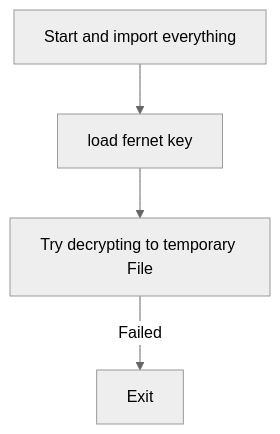
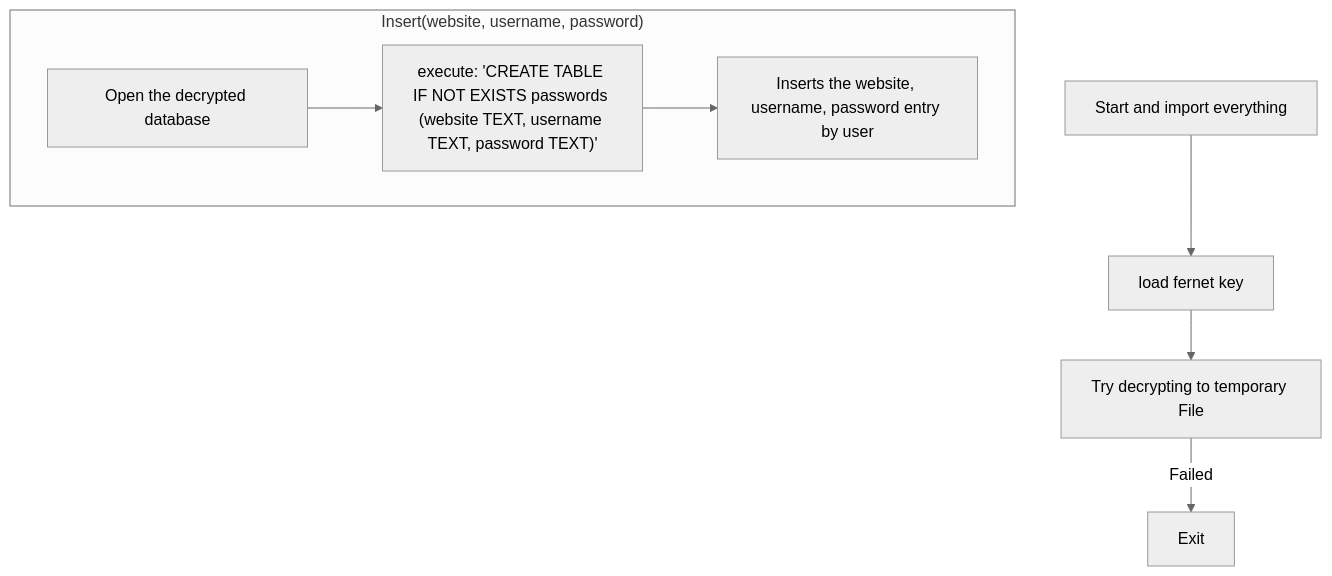
The diagram in utils/dEncryption.mmd (BSDSA-ISU/pandas-password-manager), drawn with Mermaid (neutral theme) before and after one commit. The commit also changed 1 other file, not shown here.

```diff
--- a/utils/dEncryption.mmd
+++ b/utils/dEncryption.mmd
@@ -1,3 +1,8 @@
 flowchart TD
     A[Start and import everything] --> B["load fernet key"]
     --> C["Try decrypting to temporary File"] --> |Failed| Exit
+
+    subgraph Insert["Insert(website, username, password)"]
+        AA["Open the decrypted database"] --> AB["execute: 'CREATE TABLE IF NOT EXISTS passwords (website TEXT, username TEXT, password TEXT)'"]
+        --> AC["Inserts the website, username, password entry by user"]
+    end
```
